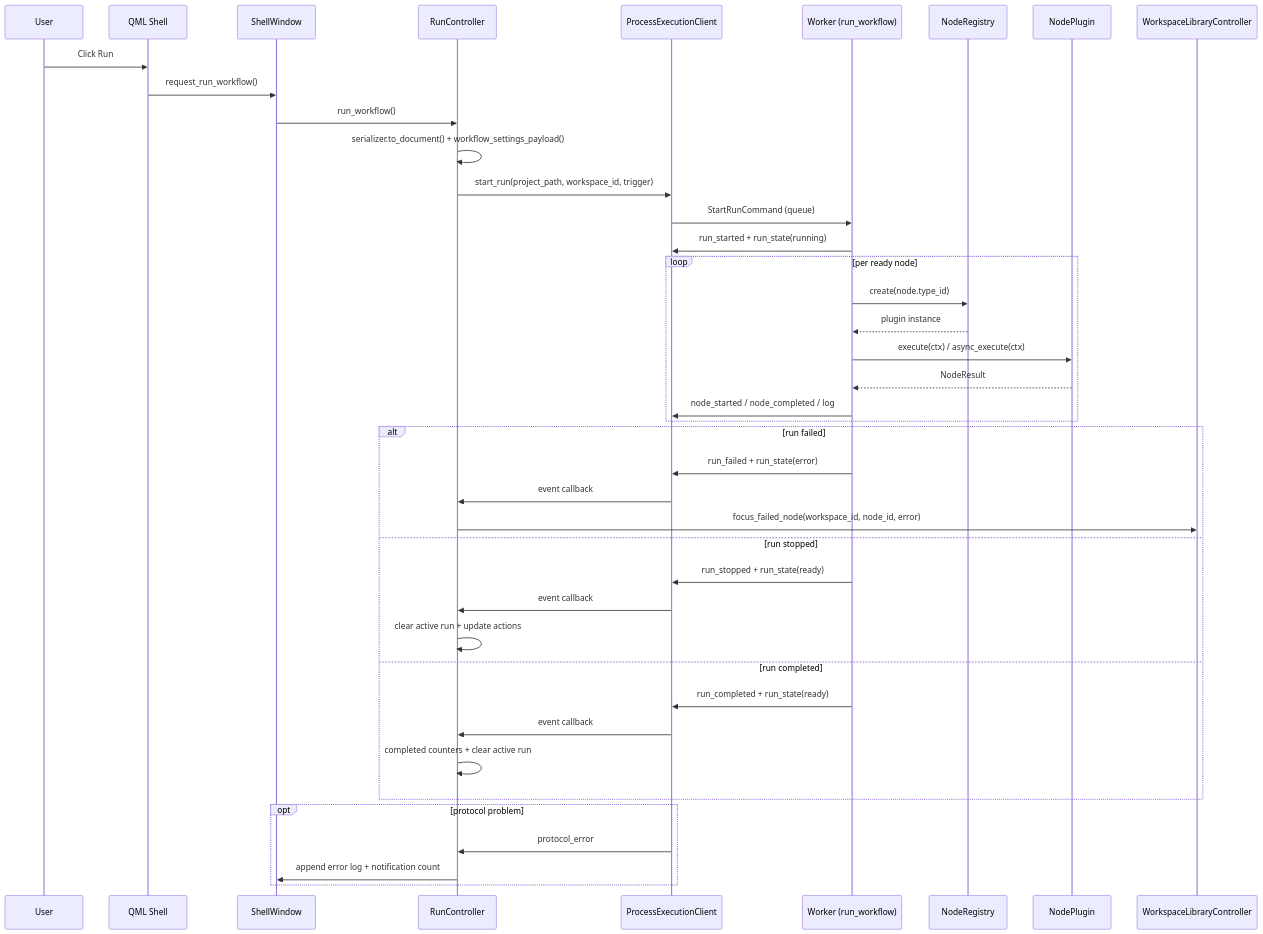
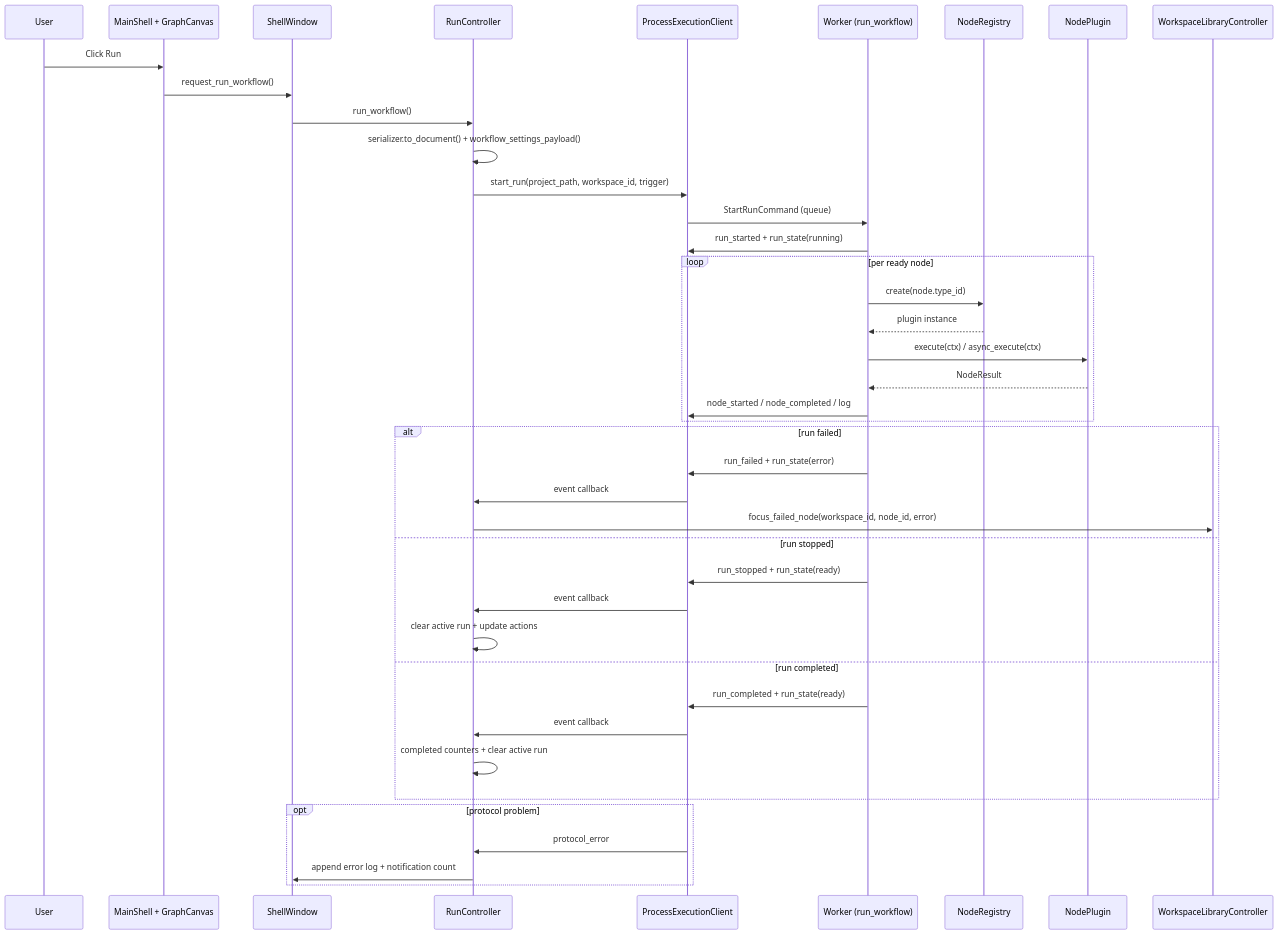
The diagram in docs/architecture_diagrams/run_sequence.mmd (emreatay993/EA_Node), drawn with Mermaid before and after one commit. The commit also changed 10 other files, not shown here.

Commit message:
docs: refresh architecture docs for modular GraphCanvas

```diff
--- a/docs/architecture_diagrams/run_sequence.mmd
+++ b/docs/architecture_diagrams/run_sequence.mmd
@@ -1,45 +1,45 @@
 sequenceDiagram
     participant User
-    participant QML as QML Shell
+    participant QML as MainShell + GraphCanvas
     participant SW as ShellWindow
     participant RC as RunController
     participant EC as ProcessExecutionClient
     participant W as Worker (run_workflow)
     participant R as NodeRegistry
     participant P as NodePlugin
     participant WLC as WorkspaceLibraryController
 
     User->>QML: Click Run
     QML->>SW: request_run_workflow()
     SW->>RC: run_workflow()
     RC->>RC: serializer.to_document() + workflow_settings_payload()
     RC->>EC: start_run(project_path, workspace_id, trigger)
     EC->>W: StartRunCommand (queue)
     W->>EC: run_started + run_state(running)
 
     loop per ready node
         W->>R: create(node.type_id)
         R-->>W: plugin instance
         W->>P: execute(ctx) / async_execute(ctx)
         P-->>W: NodeResult
         W->>EC: node_started / node_completed / log
     end
 
     alt run failed
         W->>EC: run_failed + run_state(error)
         EC->>RC: event callback
         RC->>WLC: focus_failed_node(workspace_id, node_id, error)
     else run stopped
         W->>EC: run_stopped + run_state(ready)
         EC->>RC: event callback
         RC->>RC: clear active run + update actions
     else run completed
         W->>EC: run_completed + run_state(ready)
         EC->>RC: event callback
         RC->>RC: completed counters + clear active run
     end
 
     opt protocol problem
         EC->>RC: protocol_error
         RC->>SW: append error log + notification count
     end
```
